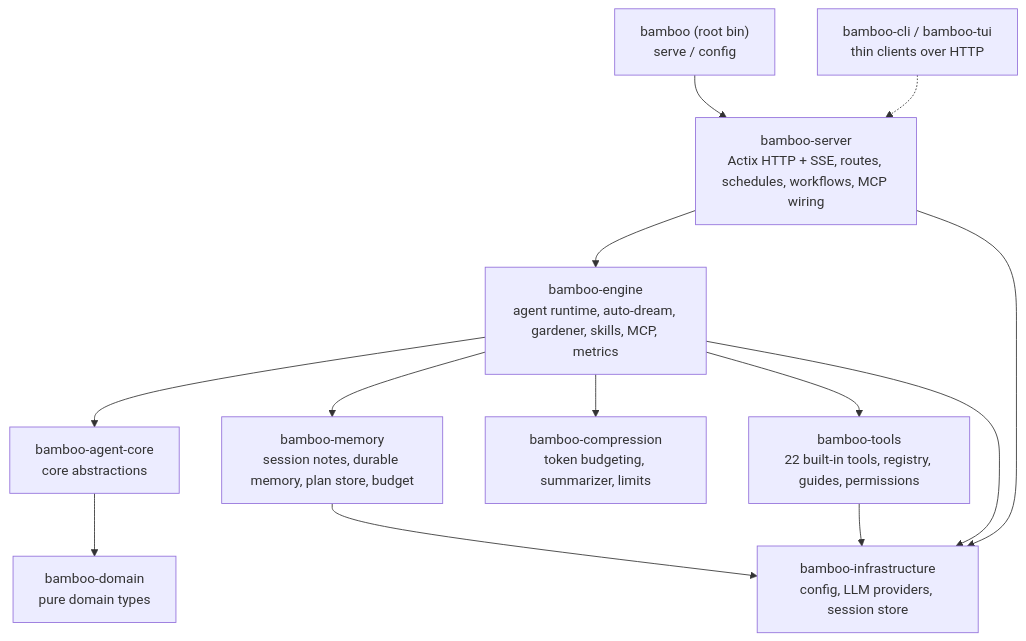
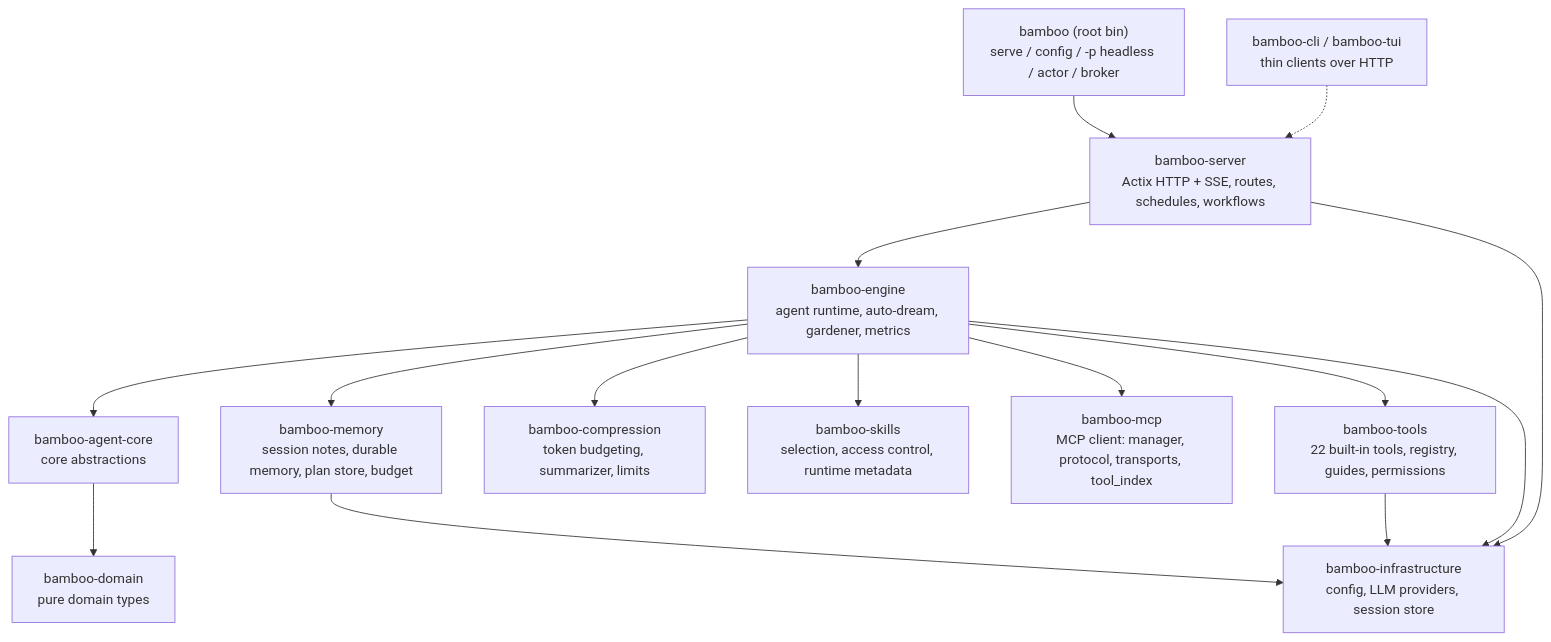
The diagram in README.md (bigduu/Bamboo-agent), drawn with Mermaid before and after one commit. The commit also changed other lines of this file and 1 other file, not shown here.

````diff
--- a/README.md
+++ b/README.md
@@ -40,15 +40,17 @@
 ```mermaid
 graph TD
-  CLI["bamboo (root bin)<br/>serve / config"] --> SRV[bamboo-server<br/>Actix HTTP + SSE, routes, schedules, workflows, MCP wiring]
-  SRV --> ENG[bamboo-engine<br/>agent runtime, auto-dream, gardener, skills, MCP, metrics]
+  CLI["bamboo (root bin)<br/>serve / config / -p headless / actor / broker"] --> SRV[bamboo-server<br/>Actix HTTP + SSE, routes, schedules, workflows]
+  SRV --> ENG[bamboo-engine<br/>agent runtime, auto-dream, gardener, metrics]
   ENG --> CORE[bamboo-agent-core<br/>core abstractions]
   CORE --> DOM[bamboo-domain<br/>pure domain types]
   ENG --> MEM[bamboo-memory<br/>session notes, durable memory, plan store, budget]
   ENG --> CMP[bamboo-compression<br/>token budgeting, summarizer, limits]
+  ENG --> SKILLS[bamboo-skills<br/>selection, access control, runtime metadata]
+  ENG --> MCP[bamboo-mcp<br/>MCP client: manager, protocol, transports, tool_index]
   ENG --> TOOLS[bamboo-tools<br/>22 built-in tools, registry, guides, permissions]
   ENG --> INFRA[bamboo-infrastructure<br/>config, LLM providers, session store]
   SRV --> INFRA
   TOOLS --> INFRA
   MEM --> INFRA
   CLI2["bamboo-cli / bamboo-tui<br/>thin clients over HTTP"] -.-> SRV
 ```
````
